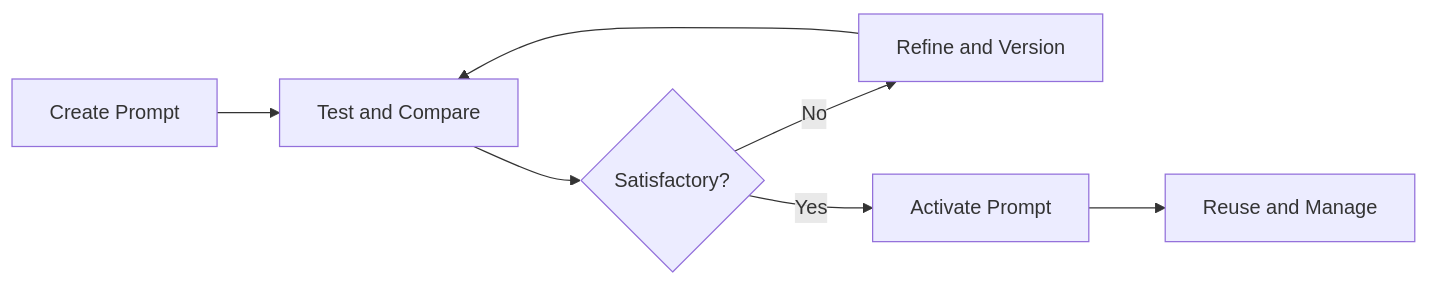
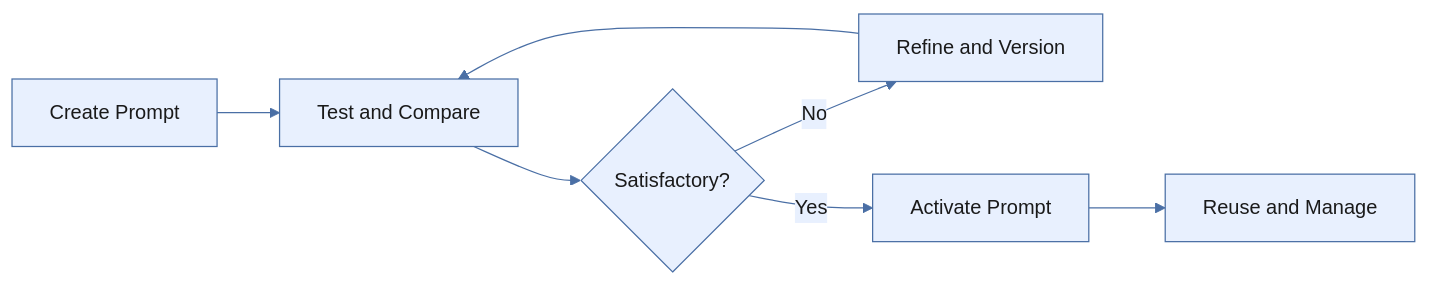
One commit to Koredotcom/docs-v2 changed the diagram in agent-platform/prompts.mdx. Above: the diagram before and after it, drawn with Mermaid. The commit also changed 1 other file, not shown here.

Commit message:
Mermaid diagram edits

````diff
--- a/agent-platform/prompts.mdx
+++ b/agent-platform/prompts.mdx
@@ -14,9 +14,10 @@
 ```mermaid actions={false}
+%%{init: {'theme': 'base', 'themeVariables': {'background': 'transparent', 'primaryColor': '#e8f0fe', 'primaryTextColor': '#1a1a1a', 'primaryBorderColor': '#4a6fa5', 'lineColor': '#4a6fa5', 'secondaryColor': 'transparent', 'tertiaryColor': 'transparent', 'clusterBkg': 'transparent', 'clusterBorder': '#4a6fa5', 'titleColor': '#1a1a1a', 'clusterLabelBackground': 'transparent', 'edgeLabelBackground': '#e8f0fe'}}}%%
 flowchart LR
     A[Create Prompt] --> B[Test and Compare]
     B --> C{Satisfactory?}
     C -- No --> D[Refine and Version]
     D --> B
     C -- Yes --> E[Activate Prompt]
     E --> F[Reuse and Manage]
 ```
````
